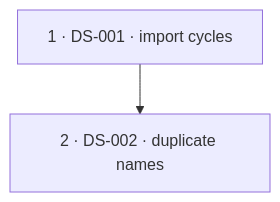
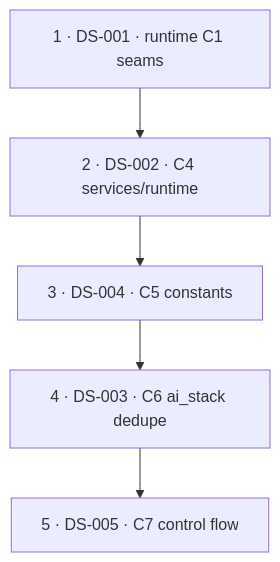
The diagram in despaghettify/despaghettification_implementation_input.md (Held0fTheWelt/BLACKVEIN), drawn with Mermaid before and after one commit. The commit also changed other lines of this file and 59 other files, not shown here.

````diff
--- a/despaghettify/despaghettification_implementation_input.md
+++ b/despaghettify/despaghettification_implementation_input.md
@@ -147,6 +156,9 @@
 ```mermaid
 flowchart TB
-  P1["1 · DS-001 · import cycles"]
-  P2["2 · DS-002 · duplicate names"]
-  P1 --> P2
+  P1["1 · DS-001 · runtime C1 seams"]
+  P2["2 · DS-002 · C4 services/runtime"]
+  P3["3 · DS-004 · C5 constants"]
+  P4["4 · DS-003 · C6 ai_stack dedupe"]
+  P5["5 · DS-005 · C7 control flow"]
+  P1 --> P2 --> P3 --> P4 --> P5
 ```
````
